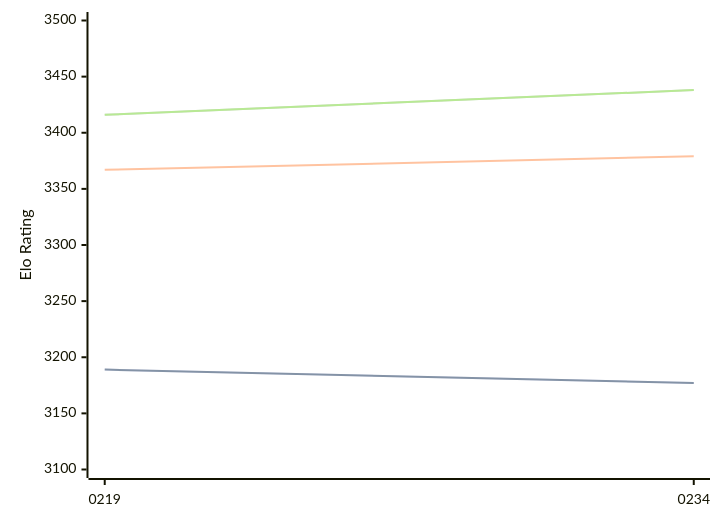
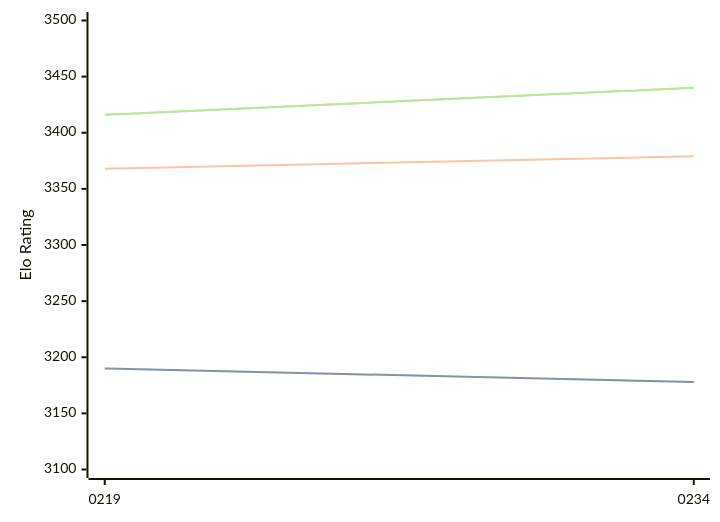
One commit to computer-chess-index/cci changed the diagram in engines/Ynode.md. Above: the diagram before and after it, drawn with Mermaid. The commit also changed other lines of this file, not shown here.

Commit message:
Update CCI Ratings (ELO VLTC) - 2026-05-06

````diff
--- a/engines/Ynode.md
+++ b/engines/Ynode.md
@@ -39,11 +39,11 @@
 ```mermaid
 %%{init: {"theme":"base","themeVariables":{"seriesColors:['#a3a3a3','#222221','#faa371']}}}%%
 xychart-beta
   x-axis ["0219", "0234"]
   y-axis "Elo Rating" 3100 --> 3500
-  line "STC (8.0+0.08s)" [3189, 3177]
-  line "STC (8.0+0.08s)" [3189, 3177]
-  line "LTC (60.0+0.60s)" [3367, 3379]
-  line "VLTC (2m24s+1.12s)" [3416, 3438]
-  line "VLTC (2m24s+1.12s)" [3416, 3438]
+  line "STC (8.0+0.08s)" [3190, 3178]
+  line "STC (8.0+0.08s)" [3190, 3178]
+  line "LTC (60.0+0.60s)" [3368, 3379]
+  line "VLTC (2m24s+1.12s)" [3416, 3440]
+  line "VLTC (2m24s+1.12s)" [3416, 3440]
 ```
````
